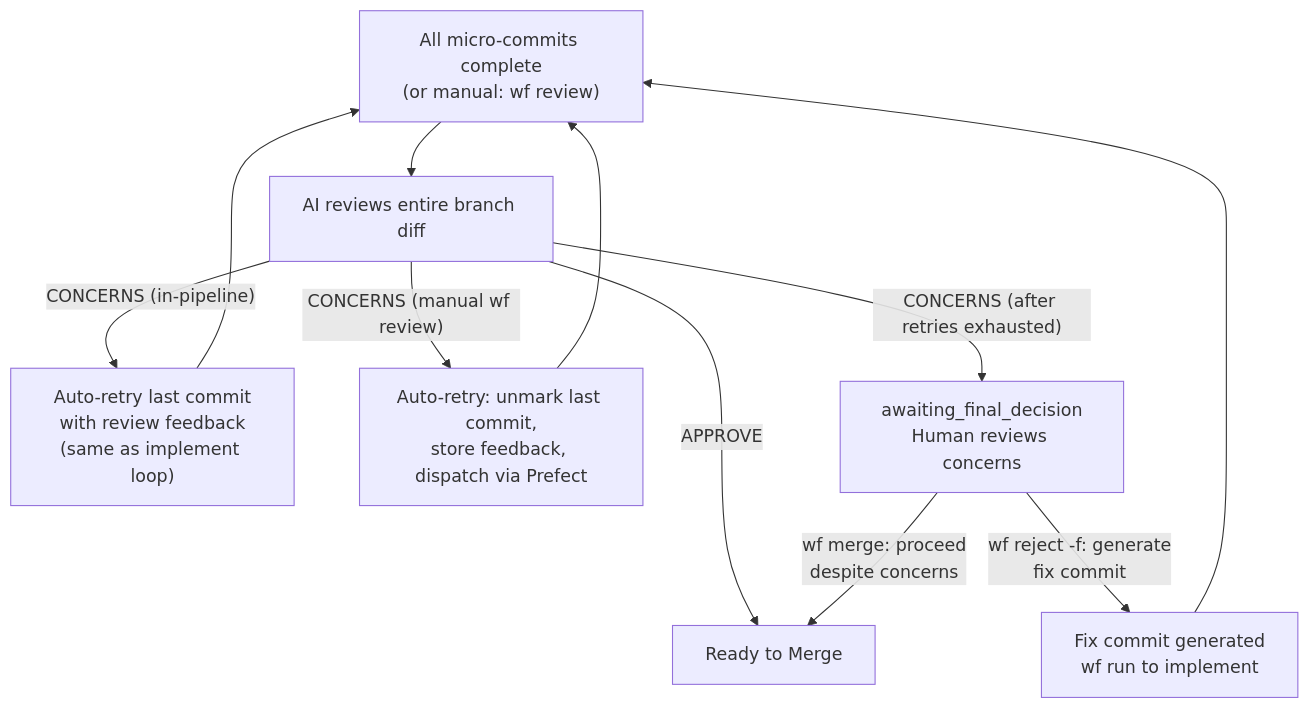
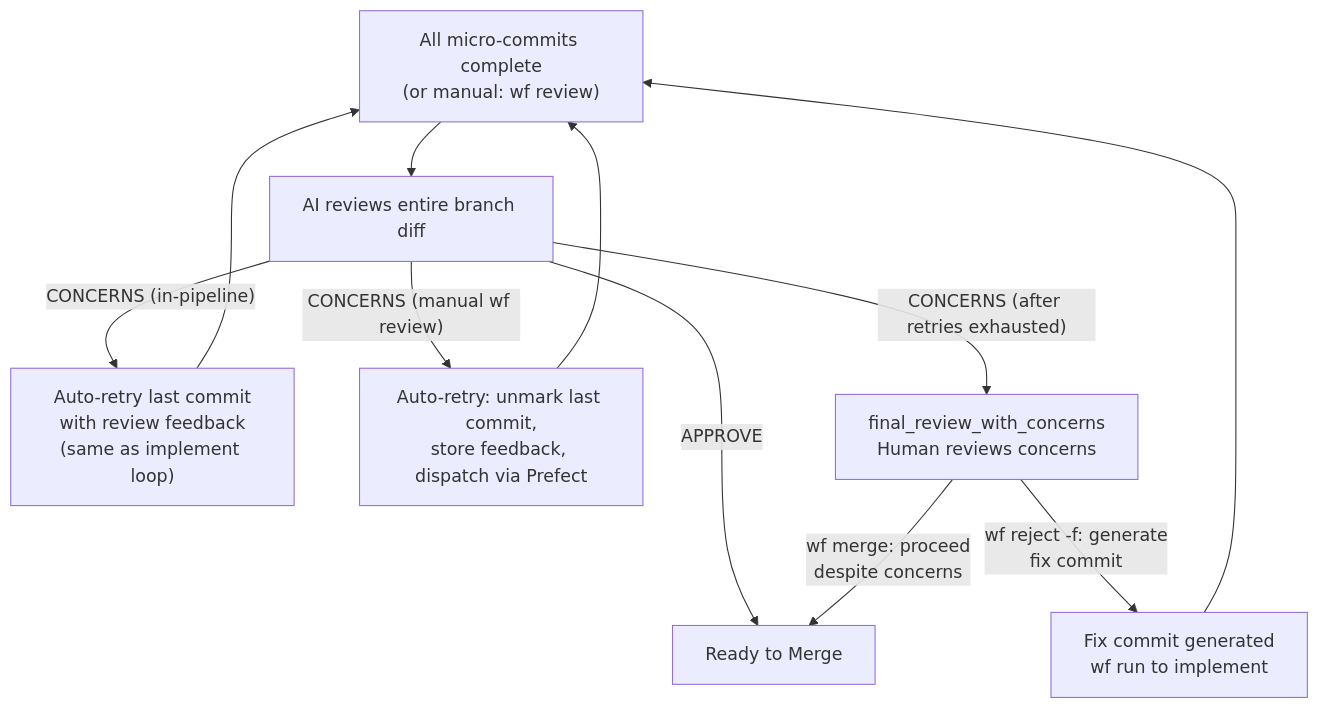
One commit to codr1/hashd-code changed the fourth of 11 diagrams in docs/WF.md. Above: the diagram before and after it, drawn with Mermaid. The commit also changed other lines of this file and 1 other file, not shown here.

````diff
--- a/docs/WF.md
+++ b/docs/WF.md
@@ -211,12 +211,12 @@
 ```mermaid
 flowchart TD
     TRIGGER["All micro-commits complete\n(or manual: wf review)"] --> AI[AI reviews entire branch diff]
     AI -->|APPROVE| READY[Ready to Merge]
     AI -->|"CONCERNS (in-pipeline)"| RETRY["Auto-retry last commit\nwith review feedback\n(same as implement loop)"]
     RETRY --> TRIGGER
     AI -->|"CONCERNS (manual wf review)"| AUTORETRY["Auto-retry: unmark last commit,\nstore feedback, dispatch via Prefect"]
     AUTORETRY --> TRIGGER
-    AI -->|"CONCERNS (after retries exhausted)"| HUMAN[awaiting_final_decision\nHuman reviews concerns]
+    AI -->|"CONCERNS (after retries exhausted)"| HUMAN[final_review_with_concerns\nHuman reviews concerns]
     HUMAN -->|"wf merge: proceed\ndespite concerns"| READY
     HUMAN -->|"wf reject -f: generate\nfix commit"| FIX["Fix commit generated\nwf run to implement"] --> TRIGGER
 ```
````
